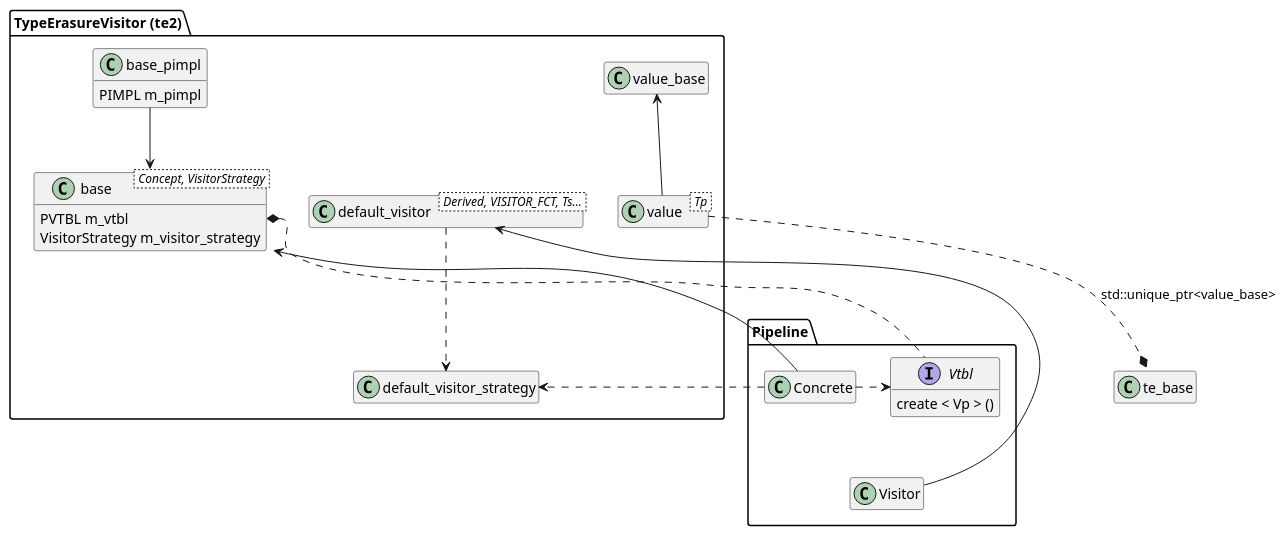
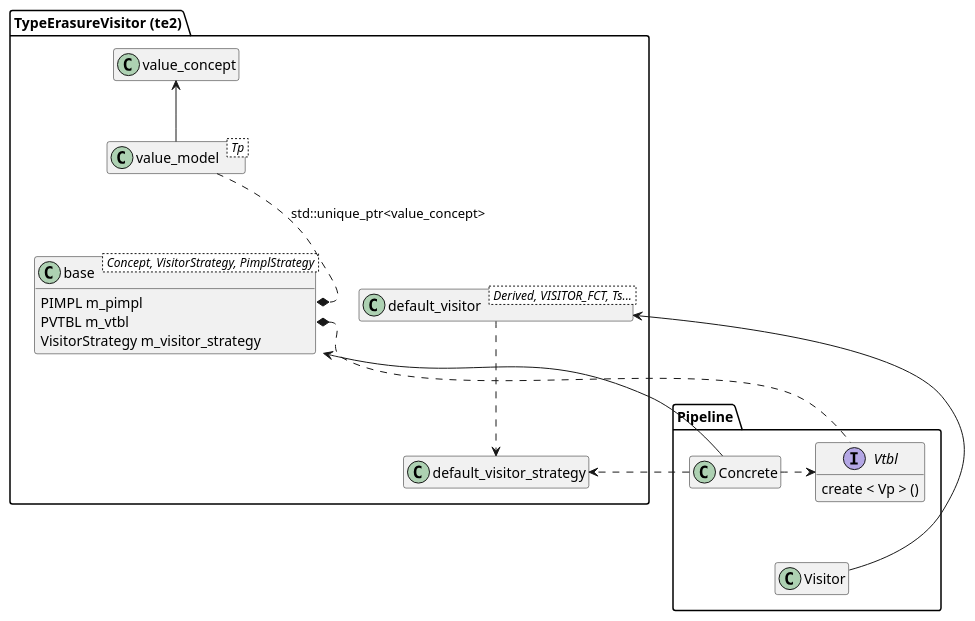
One commit to olivia76/cpp-te changed the diagram in puml/te2.puml. Above: the diagram before and after it, drawn with PlantUML. The commit also changed 12 other files, not shown here.

Commit message:
added pimpl_strategy

```diff
--- a/puml/te2.puml
+++ b/puml/te2.puml
@@ -1,58 +1,53 @@
 @startuml
 
 hide empty attributes
 hide empty members
 
 package "TypeErasureVisitor (te2)" {
-  class base_pimpl {
+  class base < Concept, VisitorStrategy, PimplStrategy > {
     PIMPL m_pimpl
-  }
-
-  class base < Concept, VisitorStrategy > {
     PVTBL m_vtbl
     VisitorStrategy m_visitor_strategy
   }
 
-  class value_base {}
+  class value_concept {}
 
-  class value < Tp > {}
+  class value_model < Tp > {}
 
   class default_visitor_strategy {
 
   }
 
   class default_visitor < Derived, VISITOR_FCT, Ts... > {
 
   }
 
 }
 
-base_pimpl --> base
-
-value_base <-- value
-value ..* te_base::PIMPL : std::unique_ptr<value_base>
+value_concept <-- value_model
+value_model ..* base::PIMPL : std::unique_ptr<value_concept>
 
 base -[hidden]-> default_visitor_strategy
 default_visitor_strategy <.u. default_visitor
 
 
 package "Pipeline" {
   interface Vtbl {
     create < Vp > ()
   }
 
   class Concrete  {
   }
 
   class Visitor {
   }
 }
 
 base <- Concrete
 Concrete .> default_visitor_strategy
 Concrete .> Vtbl
 base::PVTBL *.d. Vtbl
 default_visitor <- Visitor
 Concrete -[hidden]-> Visitor
 
 @enduml
```
